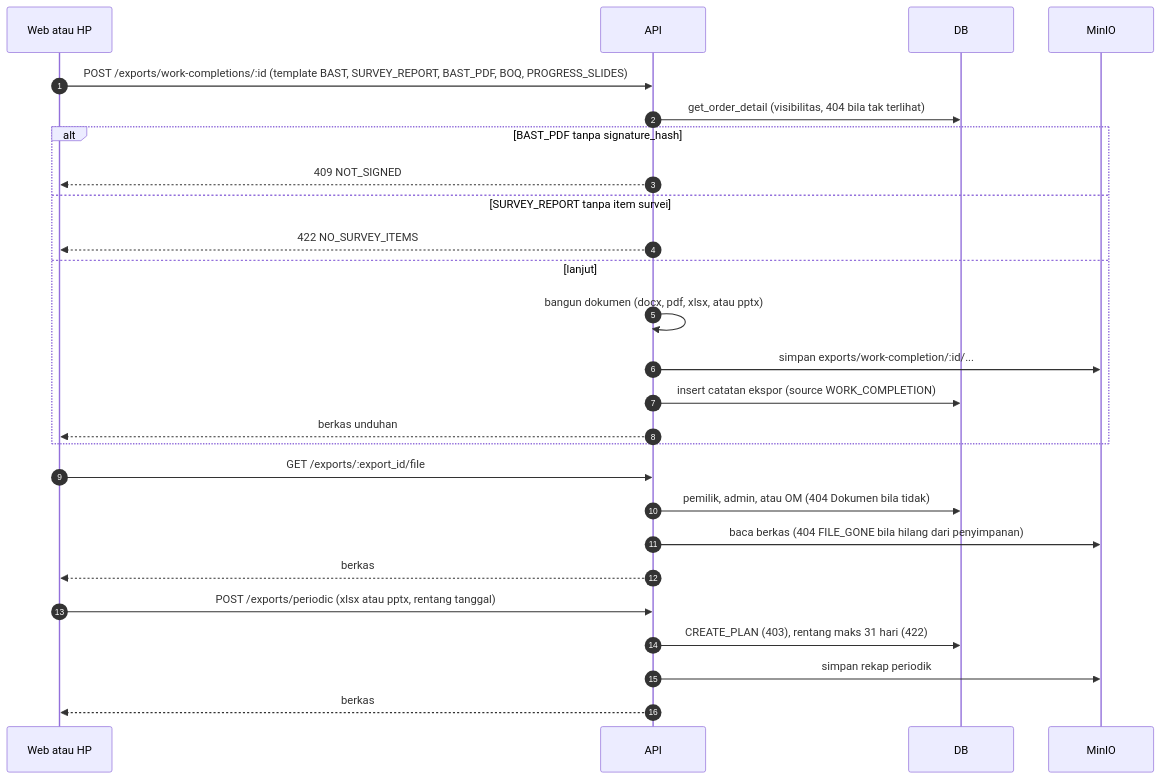
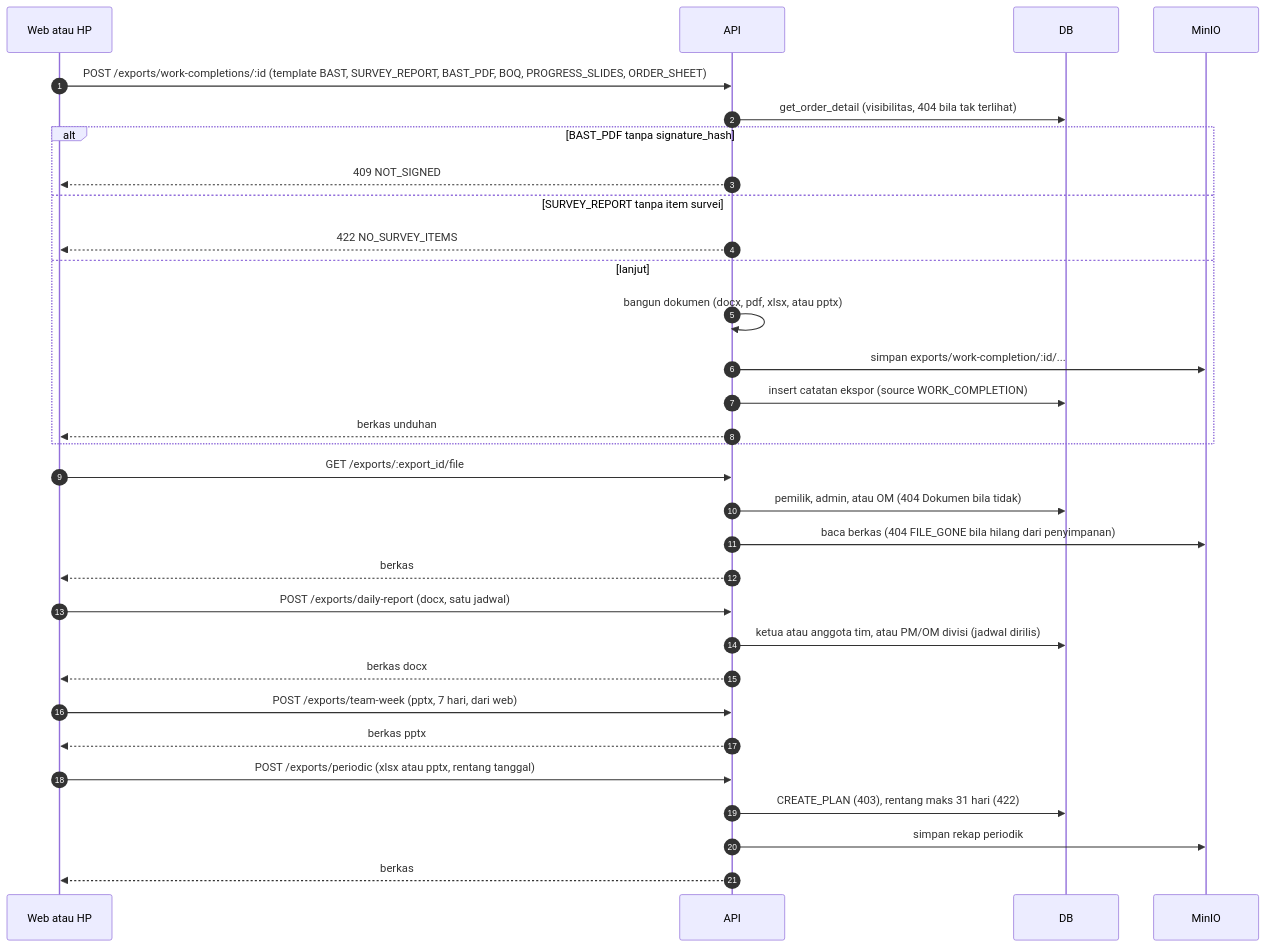
The tenth of 10 diagrams in docs/diagram/03-sequence.md (Visiontech-Indograha/visiontech-management-system), drawn with Mermaid before and after one commit. The commit also changed other lines of this file and 7 other files, not shown here.

First line of the commit message:
docs: runbook retry Uptime Kuma, diagram dan laporan uji diperbarui (B5)

````diff
--- a/docs/diagram/03-sequence.md
+++ b/docs/diagram/03-sequence.md
@@ -369,28 +369,33 @@
 ```mermaid
 sequenceDiagram
     autonumber
     participant W as Web atau HP
     participant A as API
     participant D as DB
     participant S as MinIO
-    W->>A: POST /exports/work-completions/:id (template BAST, SURVEY_REPORT, BAST_PDF, BOQ, PROGRESS_SLIDES)
+    W->>A: POST /exports/work-completions/:id (template BAST, SURVEY_REPORT, BAST_PDF, BOQ, PROGRESS_SLIDES, ORDER_SHEET)
     A->>D: get_order_detail (visibilitas, 404 bila tak terlihat)
     alt BAST_PDF tanpa signature_hash
         A-->>W: 409 NOT_SIGNED
     else SURVEY_REPORT tanpa item survei
         A-->>W: 422 NO_SURVEY_ITEMS
     else lanjut
         A->>A: bangun dokumen (docx, pdf, xlsx, atau pptx)
         A->>S: simpan exports/work-completion/:id/...
         A->>D: insert catatan ekspor (source WORK_COMPLETION)
         A-->>W: berkas unduhan
     end
     W->>A: GET /exports/:export_id/file
     A->>D: pemilik, admin, atau OM (404 Dokumen bila tidak)
     A->>S: baca berkas (404 FILE_GONE bila hilang dari penyimpanan)
     A-->>W: berkas
+    W->>A: POST /exports/daily-report (docx, satu jadwal)
+    A->>D: ketua atau anggota tim, atau PM/OM divisi (jadwal dirilis)
+    A-->>W: berkas docx
+    W->>A: POST /exports/team-week (pptx, 7 hari, dari web)
+    A-->>W: berkas pptx
     W->>A: POST /exports/periodic (xlsx atau pptx, rentang tanggal)
     A->>D: CREATE_PLAN (403), rentang maks 31 hari (422)
     A->>S: simpan rekap periodik
     A-->>W: berkas
 ```
````
